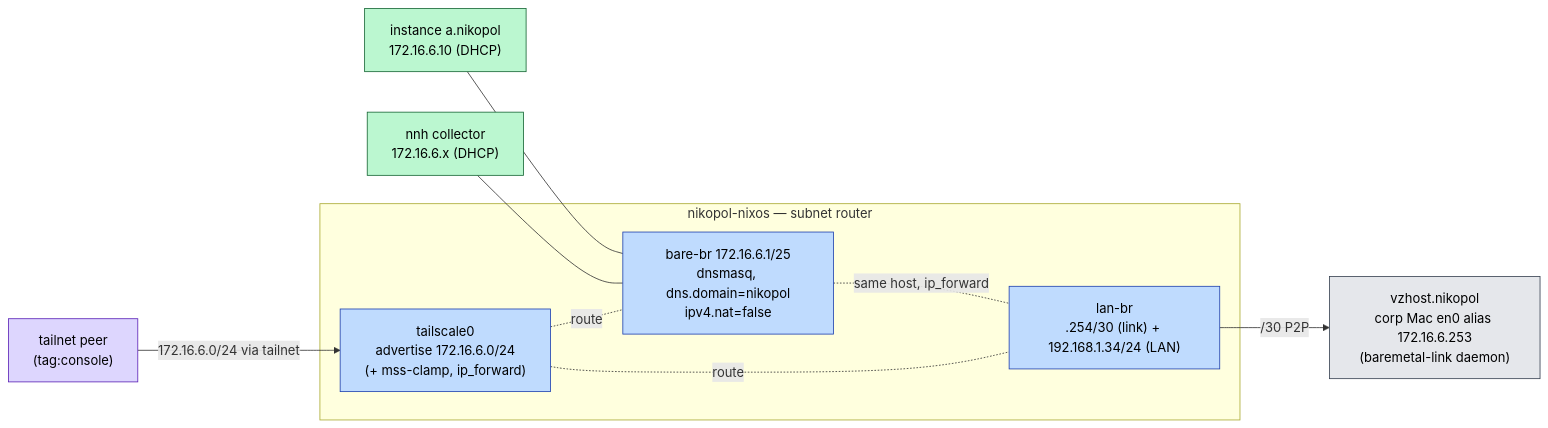
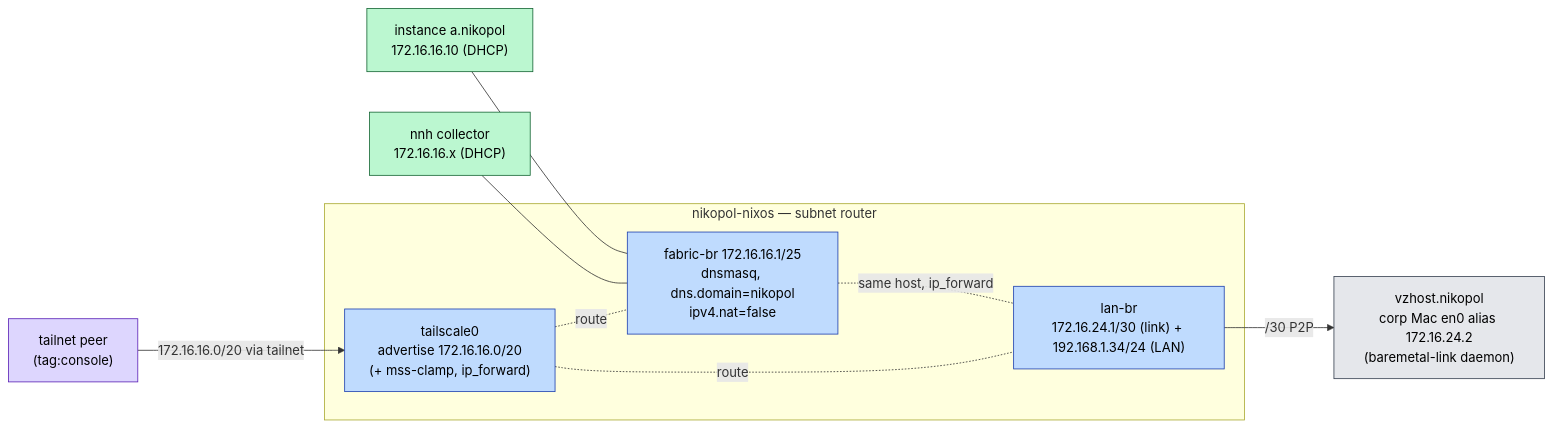
One commit to seedmatic/ndh changed the second of 3 diagrams in docs/network-catalog-segments.adoc. Above: the diagram before and after it, drawn with Mermaid. The commit also changed other lines of this file and 11 other files, not shown here.

```diff
--- a/docs/network-catalog-segments.adoc
+++ b/docs/network-catalog-segments.adoc
@@ -79,26 +79,26 @@
 [mermaid]
 ....
 flowchart LR
   subgraph nixos [nikopol-nixos — subnet router]
-    BARE["bare-br 172.16.6.1/25\ndnsmasq, dns.domain=nikopol\nipv4.nat=false"]:::infra
-    LAN["lan-br\n.254/30 (link) + 192.168.1.34/24 (LAN)"]:::infra
-    TS0["tailscale0\nadvertise 172.16.6.0/24\n(+ mss-clamp, ip_forward)"]:::infra
+    BARE["fabric-br 172.16.16.1/25\ndnsmasq, dns.domain=nikopol\nipv4.nat=false"]:::infra
+    LAN["lan-br\n172.16.24.1/30 (link) + 192.168.1.34/24 (LAN)"]:::infra
+    TS0["tailscale0\nadvertise 172.16.16.0/20\n(+ mss-clamp, ip_forward)"]:::infra
   end
-  I1["instance a.nikopol\n172.16.6.10 (DHCP)"]:::wl
-  I2["nnh collector\n172.16.6.x (DHCP)"]:::wl
-  VZ["vzhost.nikopol\ncorp Mac en0 alias 172.16.6.253\n(baremetal-link daemon)"]:::ext
+  I1["instance a.nikopol\n172.16.16.10 (DHCP)"]:::wl
+  I2["nnh collector\n172.16.16.x (DHCP)"]:::wl
+  VZ["vzhost.nikopol\ncorp Mac en0 alias 172.16.24.2\n(baremetal-link daemon)"]:::ext
   PEER["tailnet peer\n(tag:console)"]:::actor
 
   I1 --- BARE
   I2 --- BARE
   BARE -. "same host, ip_forward" .- LAN
   LAN -->|"/30 P2P"| VZ
-  PEER -->|"172.16.6.0/24 via tailnet"| TS0
+  PEER -->|"172.16.16.0/20 via tailnet"| TS0
   TS0 -. route .- BARE
   TS0 -. route .- LAN
 
   classDef infra fill:#bfdbfe,stroke:#1e40af,color:#000;
   classDef wl fill:#bbf7d0,stroke:#166534,color:#000;
   classDef ext fill:#e5e7eb,stroke:#374151,color:#000;
   classDef actor fill:#ddd6fe,stroke:#5b21b6,color:#000;
 ....
```
